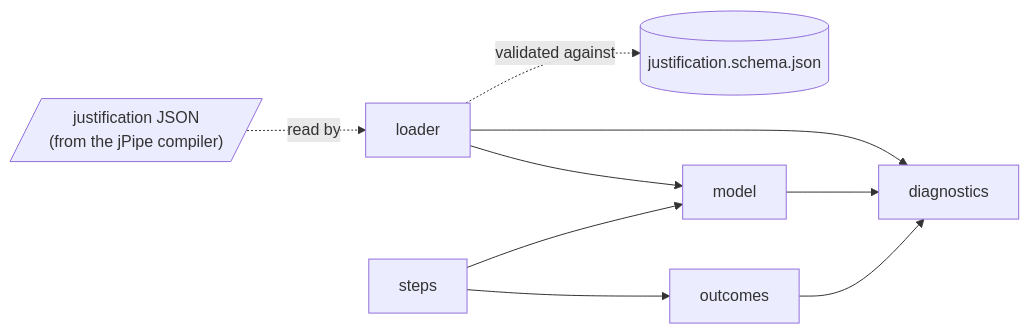
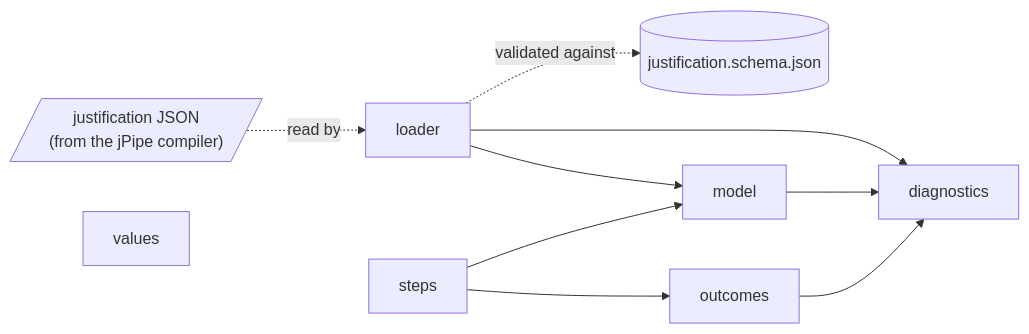
One commit to jpipe-mcscert/jpipe-runner changed the first of 2 diagrams in docs/design.md. Above: the diagram before and after it, drawn with Mermaid. The commit also changed other lines of this file and 5 other files, not shown here.

````diff
--- a/docs/design.md
+++ b/docs/design.md
@@ -8,14 +8,15 @@
 ```mermaid
 flowchart LR
     json[/"justification JSON<br>(from the jPipe compiler)"/]
     schema[("justification.schema.json")]
 
     json -.->|read by| loader
     loader -.->|validated against| schema
     loader --> model
     loader --> diagnostics
     model --> diagnostics
     outcomes --> diagnostics
     steps --> model
     steps --> outcomes
+    values[values]
 ```
````
